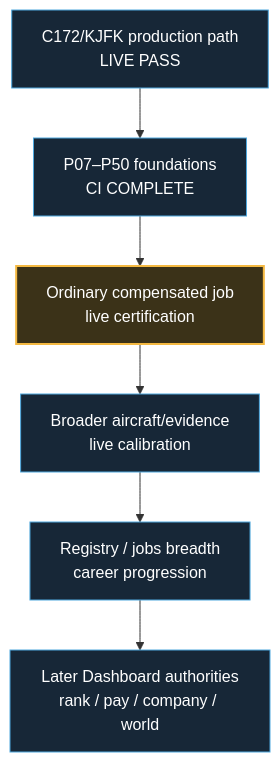
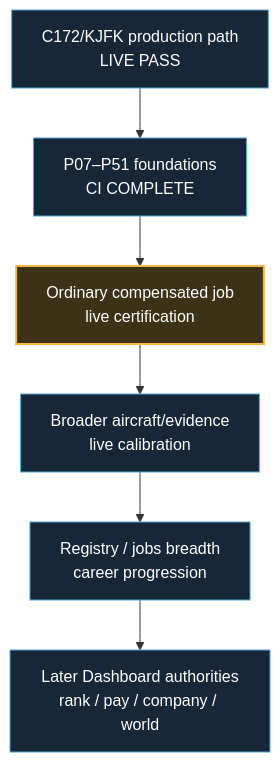
One commit to dhavalpddn-eng/OpenCareer changed the second of 2 diagrams in docs/development-master-checklist.md. Above: the diagram before and after it, drawn with Mermaid. The commit also changed other lines of this file and 2 other files, not shown here.

````diff
--- a/docs/development-master-checklist.md
+++ b/docs/development-master-checklist.md
@@ -54,13 +54,13 @@
 ```mermaid
 flowchart TD
-    A["C172/KJFK production path<br/>LIVE PASS"] --> B["P07–P50 foundations<br/>CI COMPLETE"]
+    A["C172/KJFK production path<br/>LIVE PASS"] --> B["P07–P51 foundations<br/>CI COMPLETE"]
     B --> C["Ordinary compensated job<br/>live certification"]
     C --> D["Broader aircraft/evidence<br/>live calibration"]
     D --> E["Registry / jobs breadth<br/>career progression"]
     E --> F["Later Dashboard authorities<br/>rank / pay / company / world"]
 
     classDef next fill:#3b3218,stroke:#F4B942,color:#fff,stroke-width:2px;
     classDef future fill:#172737,stroke:#4EA8DE,color:#fff,stroke-width:1px;
     class C next;
     class A,B,D,E,F future;
 ```
````
